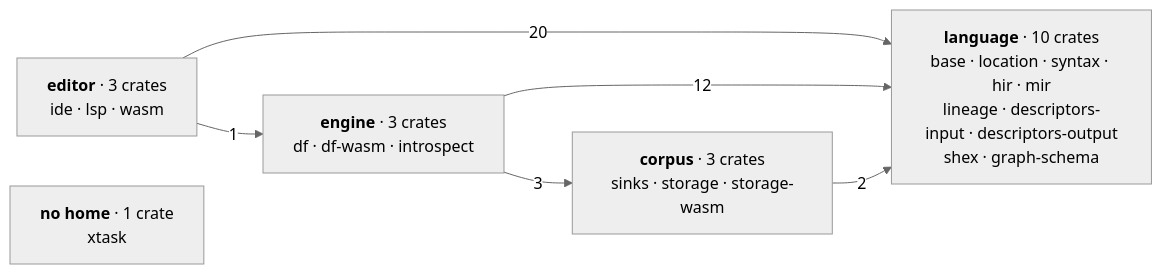
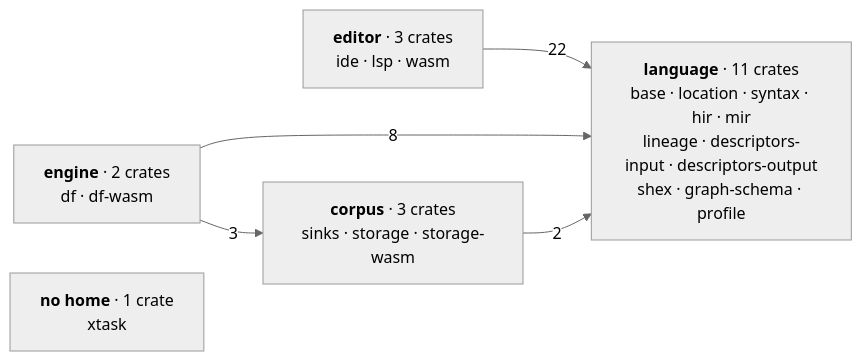
The first of 3 diagrams in docs/content/docs/(root)/architecture.mdx (Kanzo-Tech/fossil-lang), drawn with Mermaid (neutral theme) before and after one commit. The commit also changed other lines of this file and 64 other files, not shown here.

First line of the commit message:
feat: fossil-profile replaces introspect, in both hosts

````diff
--- a/docs/content/docs/(root)/architecture.mdx
+++ b/docs/content/docs/(root)/architecture.mdx
@@ -92,14 +92,13 @@
 ```mermaid
 graph LR
-  L["<b>language</b> · 10 crates<br/>base · location · syntax · hir · mir<br/>lineage · descriptors-input · descriptors-output<br/>shex · graph-schema"]
+  L["<b>language</b> · 11 crates<br/>base · location · syntax · hir · mir<br/>lineage · descriptors-input · descriptors-output<br/>shex · graph-schema · profile"]
   E["<b>editor</b> · 3 crates<br/>ide · lsp · wasm"]
-  M["<b>engine</b> · 3 crates<br/>df · df-wasm · introspect"]
+  M["<b>engine</b> · 2 crates<br/>df · df-wasm"]
   C["<b>corpus</b> · 3 crates<br/>sinks · storage · storage-wasm"]
   X["<b>no home</b> · 1 crate<br/>xtask"]
 
-  E -->|20| L
-  E -->|1| M
-  M -->|12| L
+  E -->|22| L
+  M -->|8| L
   M -->|3| C
   C -->|2| L
 ```
````
